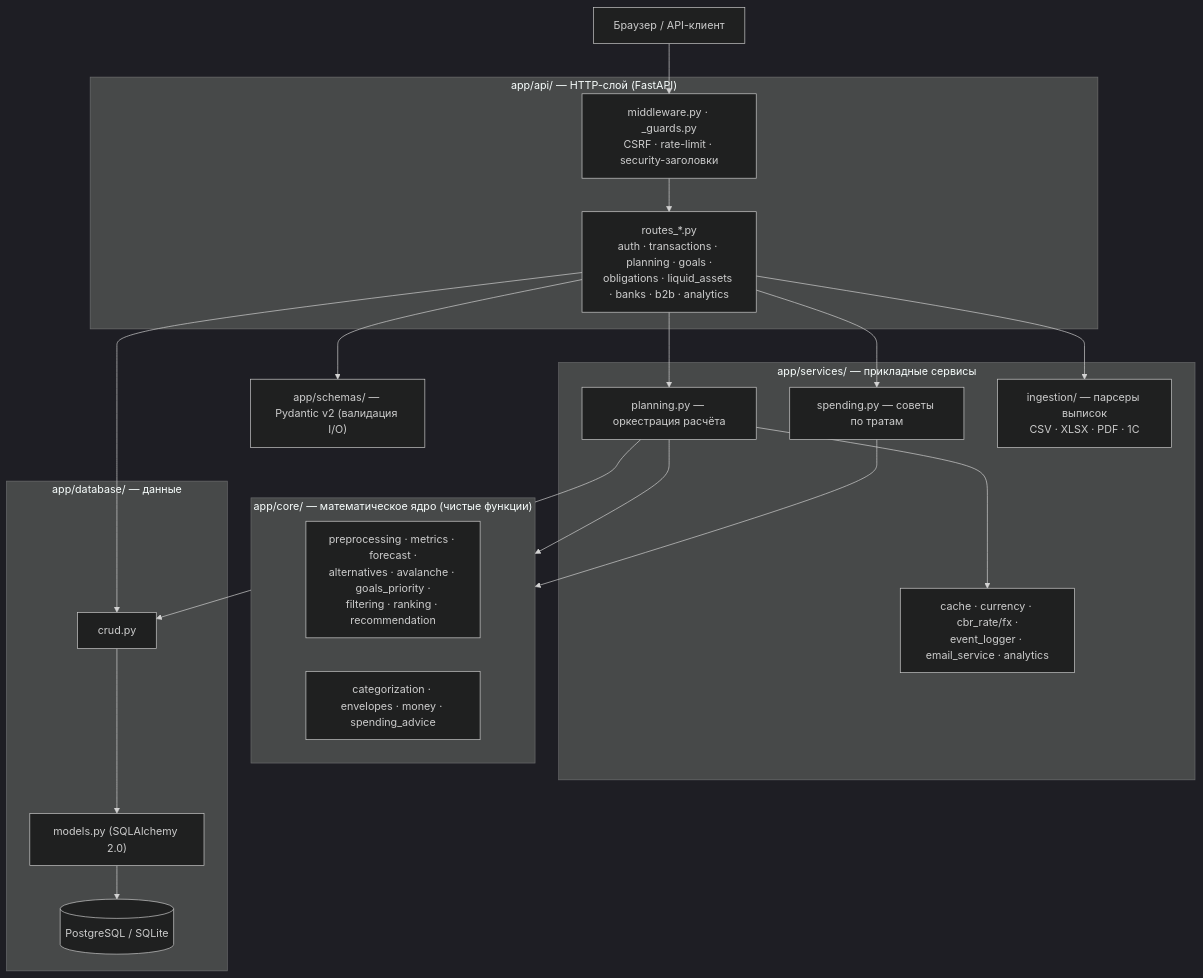
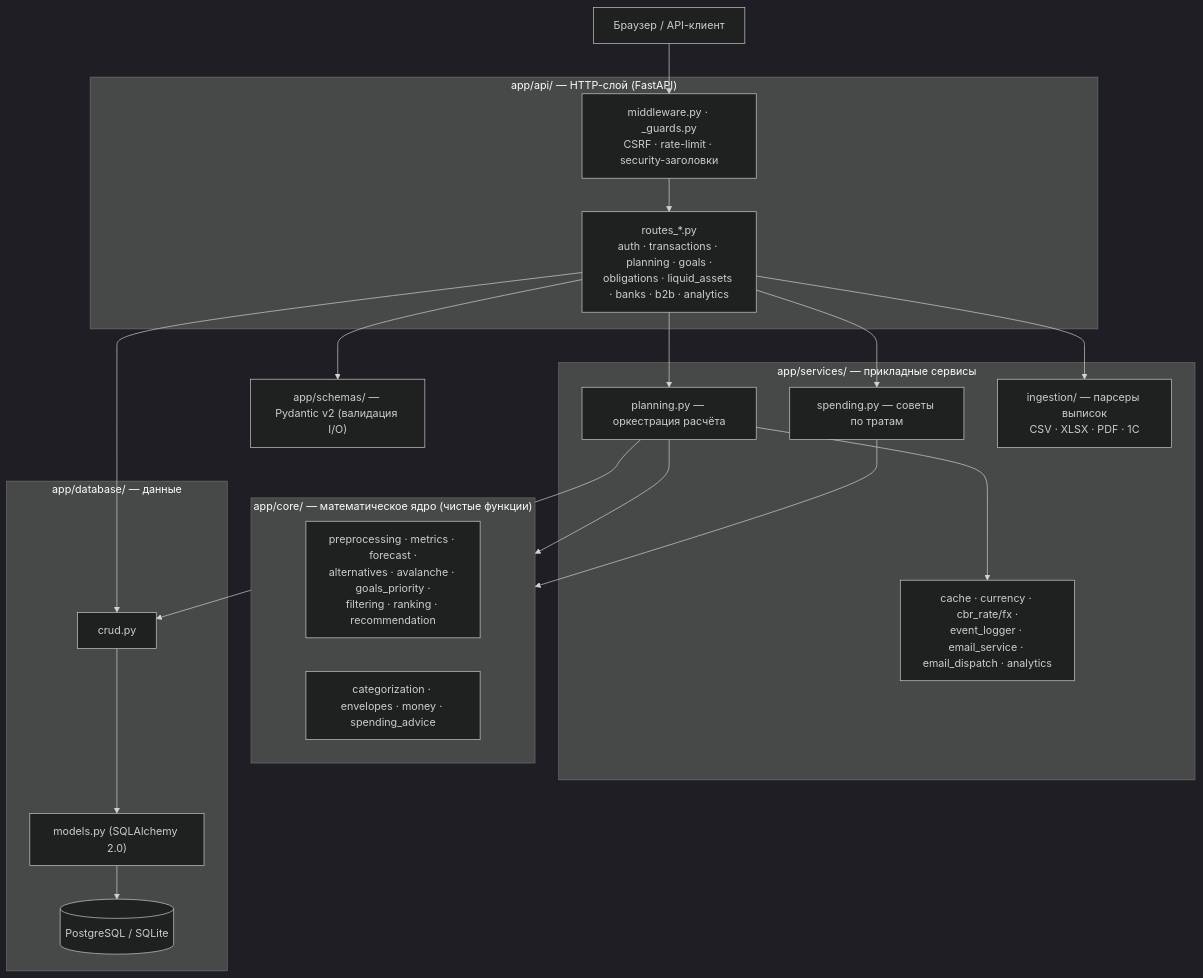
The first of 2 diagrams in README.md (vevdokimovm/personal-finance-dss), drawn with Mermaid (dark theme) before and after one commit. The commit also changed other lines of this file and 8 other files, not shown here.

````diff
--- a/README.md
+++ b/README.md
@@ -64,42 +64,42 @@
 ```mermaid
 flowchart TD
     Client["Браузер / API-клиент"]
 
     subgraph HTTP["app/api/ — HTTP-слой (FastAPI)"]
         Routes["routes_*.py<br/>auth · transactions · planning · goals ·<br/>obligations · liquid_assets · banks · b2b · analytics"]
         MW["middleware.py · _guards.py<br/>CSRF · rate-limit · security-заголовки"]
     end
 
     subgraph SVC["app/services/ — прикладные сервисы"]
         Planning["planning.py — оркестрация расчёта"]
         Spending["spending.py — советы по тратам"]
         Ingestion["ingestion/ — парсеры выписок<br/>CSV · XLSX · PDF · 1C"]
-        Infra["cache · currency · cbr_rate/fx ·<br/>event_logger · email_service · analytics"]
+        Infra["cache · currency · cbr_rate/fx ·<br/>event_logger · email_service · email_dispatch · analytics"]
     end
 
     subgraph CORE["app/core/ — математическое ядро (чистые функции)"]
         direction LR
         Pipeline["preprocessing · metrics · forecast ·<br/>alternatives · avalanche · goals_priority ·<br/>filtering · ranking · recommendation"]
         Support["categorization · envelopes · money · spending_advice"]
     end
 
     subgraph DATA["app/database/ — данные"]
         CRUD["crud.py"]
         Models["models.py (SQLAlchemy 2.0)"]
         DB[("PostgreSQL / SQLite")]
     end
 
     Schemas["app/schemas/ — Pydantic v2 (валидация I/O)"]
 
     Client --> MW --> Routes
     Routes --> Schemas
     Routes --> Planning
     Routes --> Spending
     Routes --> Ingestion
     Routes --> CRUD
     Planning --> Pipeline
     Planning --> CRUD
     Planning --> Infra
     Spending --> Support
     CRUD --> Models --> DB
 ```
````
